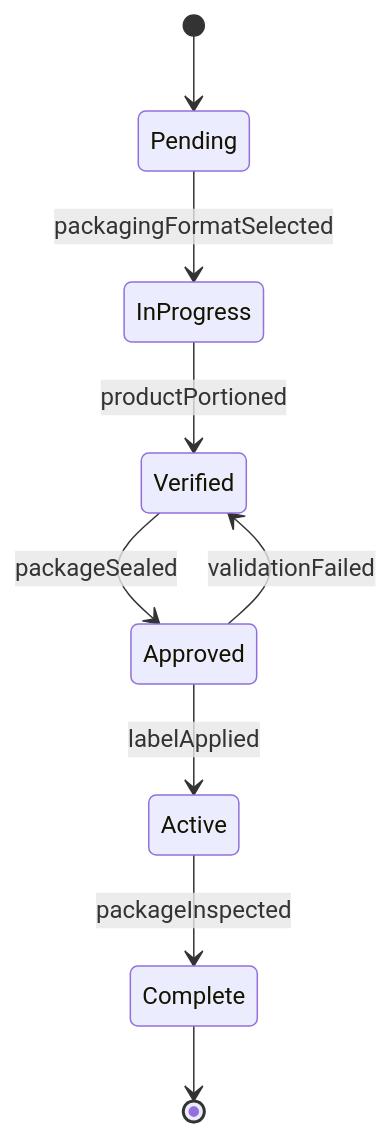
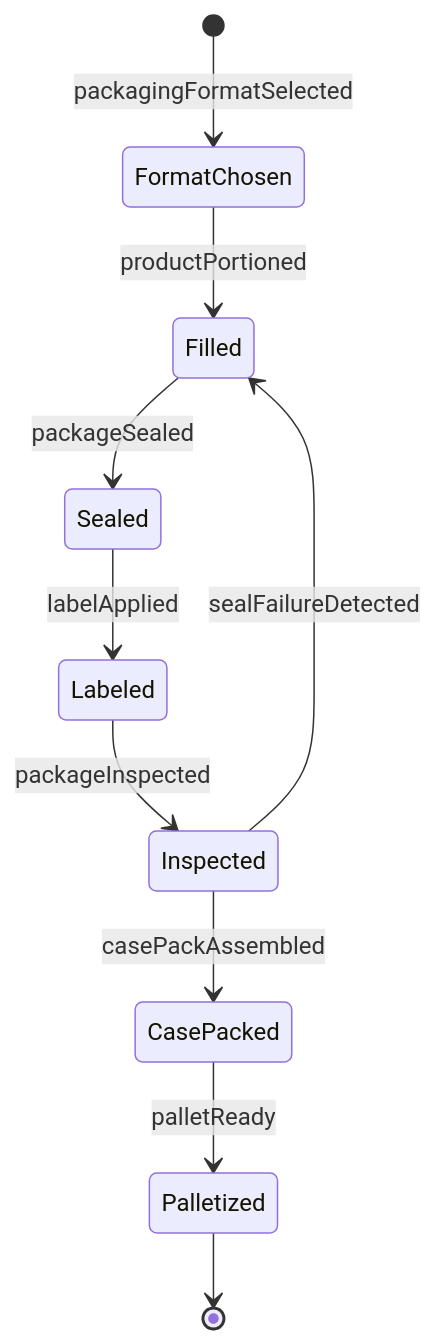
One commit to dot-org-ai/tasks.org.ai changed the second of 4 diagrams in HandlingAndMovingObjects/HandleFoodOrFoodPreparationMaterials/PackageFoodProductsMerchandise.mdx. Above: the diagram before and after it, drawn with Mermaid. The commit also changed other lines of this file and 515 other files, not shown here.

````diff
--- a/HandlingAndMovingObjects/HandleFoodOrFoodPreparationMaterials/PackageFoodProductsMerchandise.mdx
+++ b/HandlingAndMovingObjects/HandleFoodOrFoodPreparationMaterials/PackageFoodProductsMerchandise.mdx
@@ -100,11 +100,12 @@
 ```mermaid
 stateDiagram-v2
-    [*] --> Pending
-    Pending --> InProgress : packagingFormatSelected
-    InProgress --> Verified : productPortioned
-    Verified --> Approved : packageSealed
-    Approved --> Active : labelApplied
-    Active --> Complete : packageInspected
-    Approved --> Verified : validationFailed
-    Complete --> [*]
+    [*] --> FormatChosen : packagingFormatSelected
+    FormatChosen --> Filled : productPortioned
+    Filled --> Sealed : packageSealed
+    Sealed --> Labeled : labelApplied
+    Labeled --> Inspected : packageInspected
+    Inspected --> CasePacked : casePackAssembled
+    Inspected --> Filled : sealFailureDetected
+    CasePacked --> Palletized : palletReady
+    Palletized --> [*]
 ```
````
